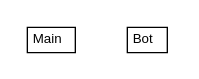
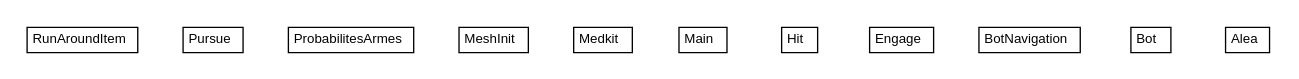
Before and after one commit to 1Fender1/BotContest2017: the diagram in target/apidocs/com/mycompany/utbotcontest/com.mycompany.utbotcontest.dot, drawn with Graphviz. The commit also changed 79 other files, not shown here.

Commit message:
Hit : le bot tourne pour chercher l'ennemi et strafe selon les rays

```diff
--- a/target/apidocs/com/mycompany/utbotcontest/com.mycompany.utbotcontest.dot
+++ b/target/apidocs/com/mycompany/utbotcontest/com.mycompany.utbotcontest.dot
@@ -1,24 +1,78 @@
 #!/usr/local/bin/dot
 #
 # Class diagram 
 # Generated by UMLGraph version 5.1 (http://www.umlgraph.org/)
 #
 
 digraph G {
 	edge [fontname="arial",fontsize=10,labelfontname="arial",labelfontsize=10];
 	node [fontname="arial",fontsize=10,shape=plaintext];
 	nodesep=0.25;
 	ranksep=0.5;
+	// com.mycompany.utbotcontest.RunAroundItem
+	c0 [label=<<table title="com.mycompany.utbotcontest.RunAroundItem" border="0" cellborder="1" cellspacing="0" cellpadding="2" port="p" href="./RunAroundItem.html">
+		<tr><td><table border="0" cellspacing="0" cellpadding="1">
+<tr><td align="center" balign="center"> RunAroundItem </td></tr>
+		</table></td></tr>
+		</table>>, fontname="arial", fontcolor="black", fontsize=10.0];
+	// com.mycompany.utbotcontest.Pursue
+	c1 [label=<<table title="com.mycompany.utbotcontest.Pursue" border="0" cellborder="1" cellspacing="0" cellpadding="2" port="p" href="./Pursue.html">
+		<tr><td><table border="0" cellspacing="0" cellpadding="1">
+<tr><td align="center" balign="center"> Pursue </td></tr>
+		</table></td></tr>
+		</table>>, fontname="arial", fontcolor="black", fontsize=10.0];
+	// com.mycompany.utbotcontest.ProbabilitesArmes
+	c2 [label=<<table title="com.mycompany.utbotcontest.ProbabilitesArmes" border="0" cellborder="1" cellspacing="0" cellpadding="2" port="p" href="./ProbabilitesArmes.html">
+		<tr><td><table border="0" cellspacing="0" cellpadding="1">
+<tr><td align="center" balign="center"> ProbabilitesArmes </td></tr>
+		</table></td></tr>
+		</table>>, fontname="arial", fontcolor="black", fontsize=10.0];
+	// com.mycompany.utbotcontest.MeshInit
+	c3 [label=<<table title="com.mycompany.utbotcontest.MeshInit" border="0" cellborder="1" cellspacing="0" cellpadding="2" port="p" href="./MeshInit.html">
+		<tr><td><table border="0" cellspacing="0" cellpadding="1">
+<tr><td align="center" balign="center"> MeshInit </td></tr>
+		</table></td></tr>
+		</table>>, fontname="arial", fontcolor="black", fontsize=10.0];
+	// com.mycompany.utbotcontest.Medkit
+	c4 [label=<<table title="com.mycompany.utbotcontest.Medkit" border="0" cellborder="1" cellspacing="0" cellpadding="2" port="p" href="./Medkit.html">
+		<tr><td><table border="0" cellspacing="0" cellpadding="1">
+<tr><td align="center" balign="center"> Medkit </td></tr>
+		</table></td></tr>
+		</table>>, fontname="arial", fontcolor="black", fontsize=10.0];
 	// com.mycompany.utbotcontest.Main
-	c0 [label=<<table title="com.mycompany.utbotcontest.Main" border="0" cellborder="1" cellspacing="0" cellpadding="2" port="p" href="./Main.html">
+	c5 [label=<<table title="com.mycompany.utbotcontest.Main" border="0" cellborder="1" cellspacing="0" cellpadding="2" port="p" href="./Main.html">
 		<tr><td><table border="0" cellspacing="0" cellpadding="1">
 <tr><td align="center" balign="center"> Main </td></tr>
 		</table></td></tr>
 		</table>>, fontname="arial", fontcolor="black", fontsize=10.0];
+	// com.mycompany.utbotcontest.Hit
+	c6 [label=<<table title="com.mycompany.utbotcontest.Hit" border="0" cellborder="1" cellspacing="0" cellpadding="2" port="p" href="./Hit.html">
+		<tr><td><table border="0" cellspacing="0" cellpadding="1">
+<tr><td align="center" balign="center"> Hit </td></tr>
+		</table></td></tr>
+		</table>>, fontname="arial", fontcolor="black", fontsize=10.0];
+	// com.mycompany.utbotcontest.Engage
+	c7 [label=<<table title="com.mycompany.utbotcontest.Engage" border="0" cellborder="1" cellspacing="0" cellpadding="2" port="p" href="./Engage.html">
+		<tr><td><table border="0" cellspacing="0" cellpadding="1">
+<tr><td align="center" balign="center"> Engage </td></tr>
+		</table></td></tr>
+		</table>>, fontname="arial", fontcolor="black", fontsize=10.0];
+	// com.mycompany.utbotcontest.BotNavigation
+	c8 [label=<<table title="com.mycompany.utbotcontest.BotNavigation" border="0" cellborder="1" cellspacing="0" cellpadding="2" port="p" href="./BotNavigation.html">
+		<tr><td><table border="0" cellspacing="0" cellpadding="1">
+<tr><td align="center" balign="center"> BotNavigation </td></tr>
+		</table></td></tr>
+		</table>>, fontname="arial", fontcolor="black", fontsize=10.0];
 	// com.mycompany.utbotcontest.Bot
-	c1 [label=<<table title="com.mycompany.utbotcontest.Bot" border="0" cellborder="1" cellspacing="0" cellpadding="2" port="p" href="./Bot.html">
+	c9 [label=<<table title="com.mycompany.utbotcontest.Bot" border="0" cellborder="1" cellspacing="0" cellpadding="2" port="p" href="./Bot.html">
 		<tr><td><table border="0" cellspacing="0" cellpadding="1">
 <tr><td align="center" balign="center"> Bot </td></tr>
 		</table></td></tr>
 		</table>>, fontname="arial", fontcolor="black", fontsize=10.0];
+	// com.mycompany.utbotcontest.Alea
+	c10 [label=<<table title="com.mycompany.utbotcontest.Alea" border="0" cellborder="1" cellspacing="0" cellpadding="2" port="p" href="./Alea.html">
+		<tr><td><table border="0" cellspacing="0" cellpadding="1">
+<tr><td align="center" balign="center"> Alea </td></tr>
+		</table></td></tr>
+		</table>>, fontname="arial", fontcolor="black", fontsize=10.0];
 }
```
